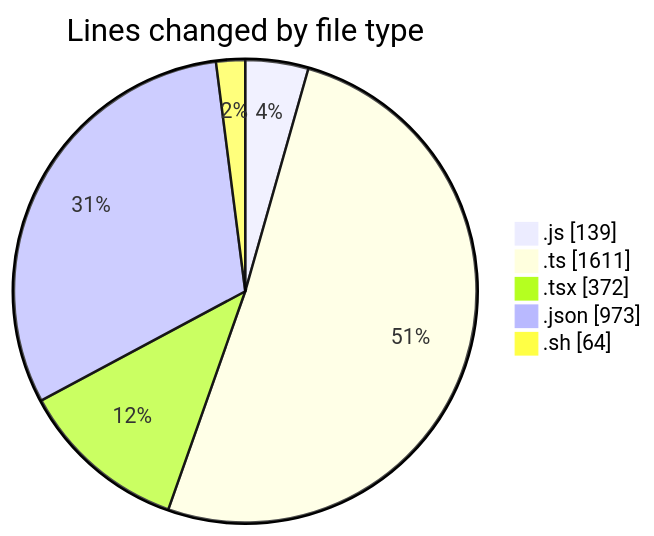
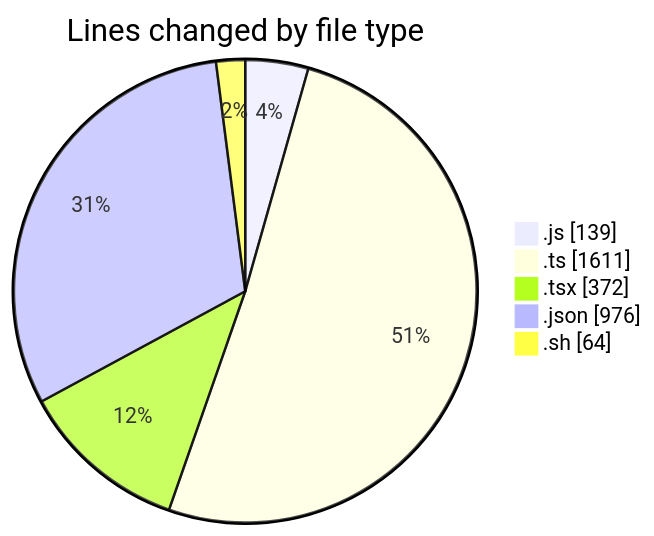
The first of 2 diagrams in 2025-07-14/ribbon/README.md (EIIisD/code-tracking), drawn with Mermaid before and after one commit. The commit also changed other lines of this file and 1 other file, not shown here.

````diff
--- a/2025-07-14/ribbon/README.md
+++ b/2025-07-14/ribbon/README.md
@@ -38,9 +38,9 @@
 ```mermaid
 pie showData
 title Lines changed by file type
 ".js" : 139
 ".ts" : 1611
 ".tsx" : 372
-".json" : 973
+".json" : 976
 ".sh" : 64
 ```
````
